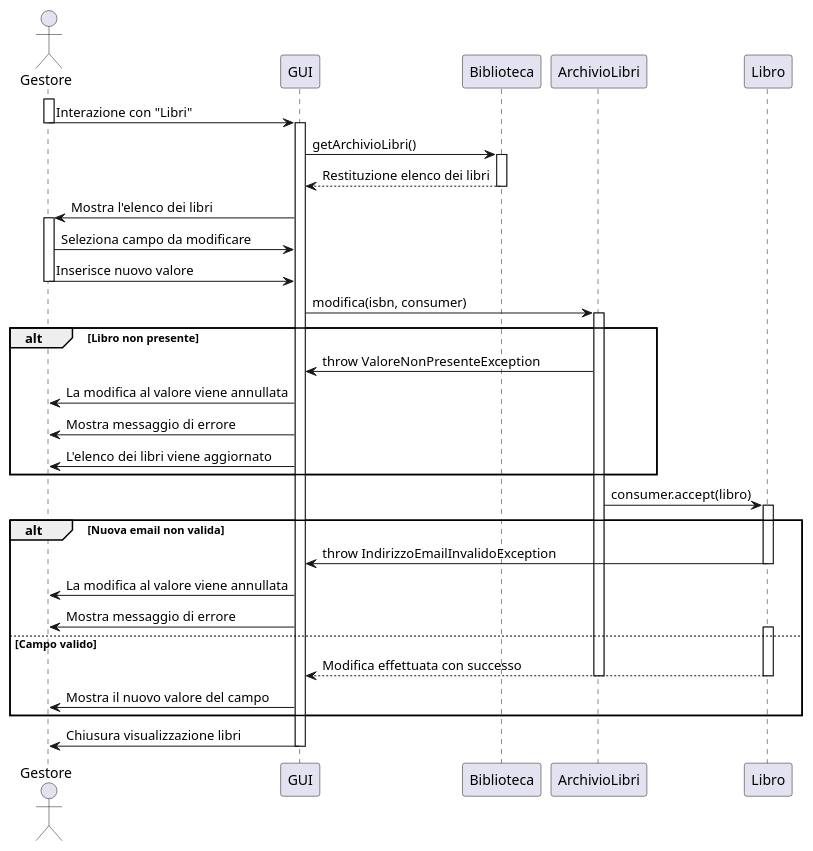
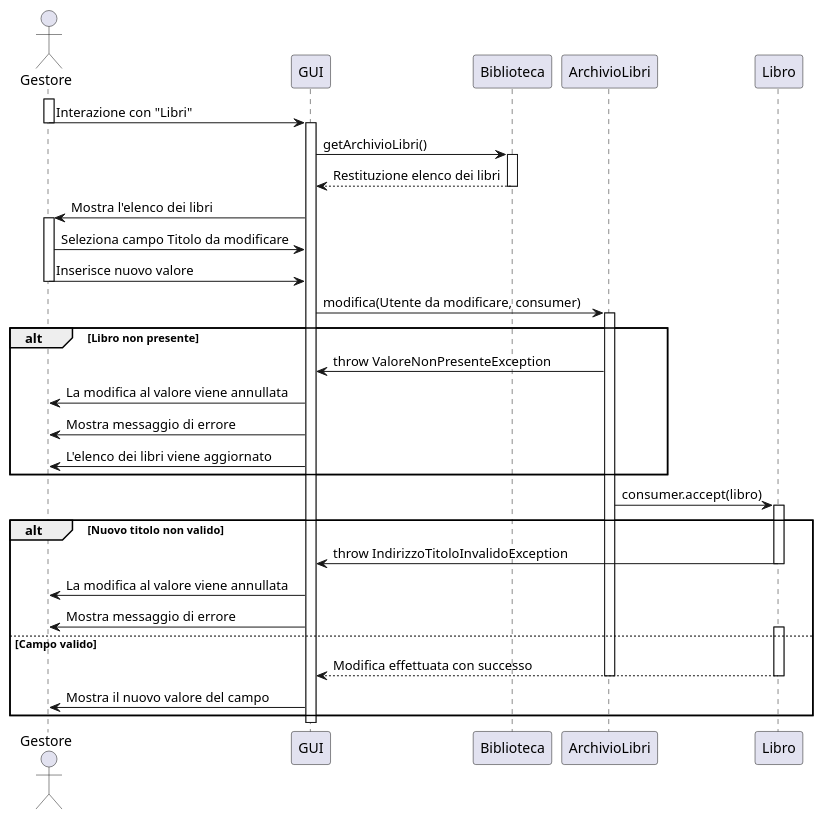
Before and after one commit to Meziu/easylibrary: the diagram in docs/uml/UMLModificaLibro.puml, drawn with PlantUML. The commit also changed 3 other files, not shown here.

```diff
--- a/docs/uml/UMLModificaLibro.puml
+++ b/docs/uml/UMLModificaLibro.puml
@@ -1,57 +1,55 @@
 @startuml
 actor Gestore
 participant "GUI" as UI
 participant "Biblioteca" as B
 participant "ArchivioLibri" as A
 participant "Libro" as L
 
 '  ---- Flusso principale -----
 activate Gestore
 Gestore -> UI : Interazione con "Libri"
 deactivate Gestore
 activate UI
 
 UI -> B : getArchivioLibri()
 activate B
 B --> UI : Restituzione elenco dei libri
 deactivate B
 UI -> Gestore : Mostra l'elenco dei libri
 activate Gestore
 
-Gestore -> UI : Seleziona campo da modificare
+Gestore -> UI : Seleziona campo Titolo da modificare
 Gestore -> UI : Inserisce nuovo valore
 deactivate Gestore
-UI -> A : modifica(isbn, consumer)
+UI -> A : modifica(Utente da modificare, consumer)
 activate A
 
 ' ----- Verifica Dati -----
 alt Libro non presente
     A -> UI : throw ValoreNonPresenteException
     UI -> Gestore : La modifica al valore viene annullata
     UI -> Gestore : Mostra messaggio di errore
     UI -> Gestore : L'elenco dei libri viene aggiornato
 
 end
 
 A -> L : consumer.accept(libro)
 activate L
 
-alt Nuova email non valida
-    L -> UI : throw IndirizzoEmailInvalidoException
+alt Nuovo titolo non valido
+    L -> UI : throw IndirizzoTitoloInvalidoException
     deactivate L
     UI -> Gestore : La modifica al valore viene annullata
     UI -> Gestore : Mostra messaggio di errore
 
 else Campo valido
     activate L
     L --> UI : Modifica effettuata con successo
     deactivate L
     deactivate A
     UI -> Gestore : Mostra il nuovo valore del campo
 
 end
-
-UI -> Gestore : Chiusura visualizzazione libri
 deactivate UI
 
 @enduml
```
